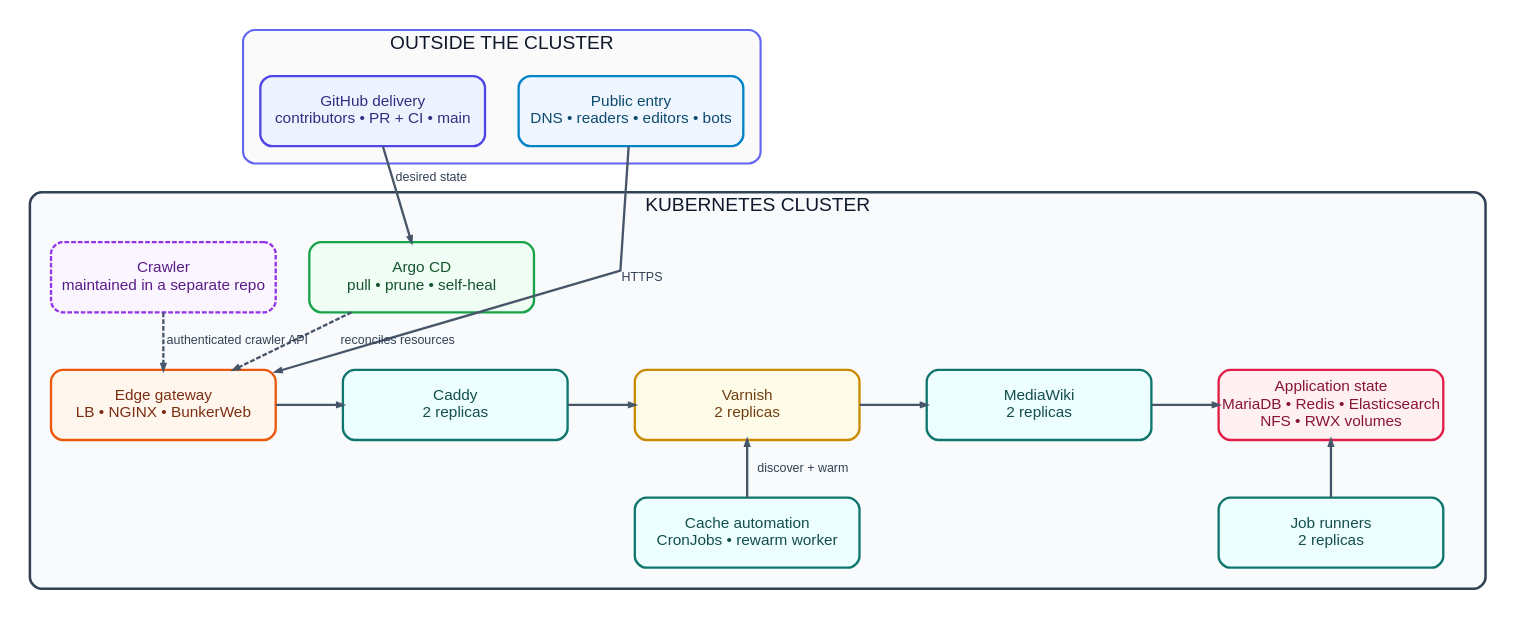
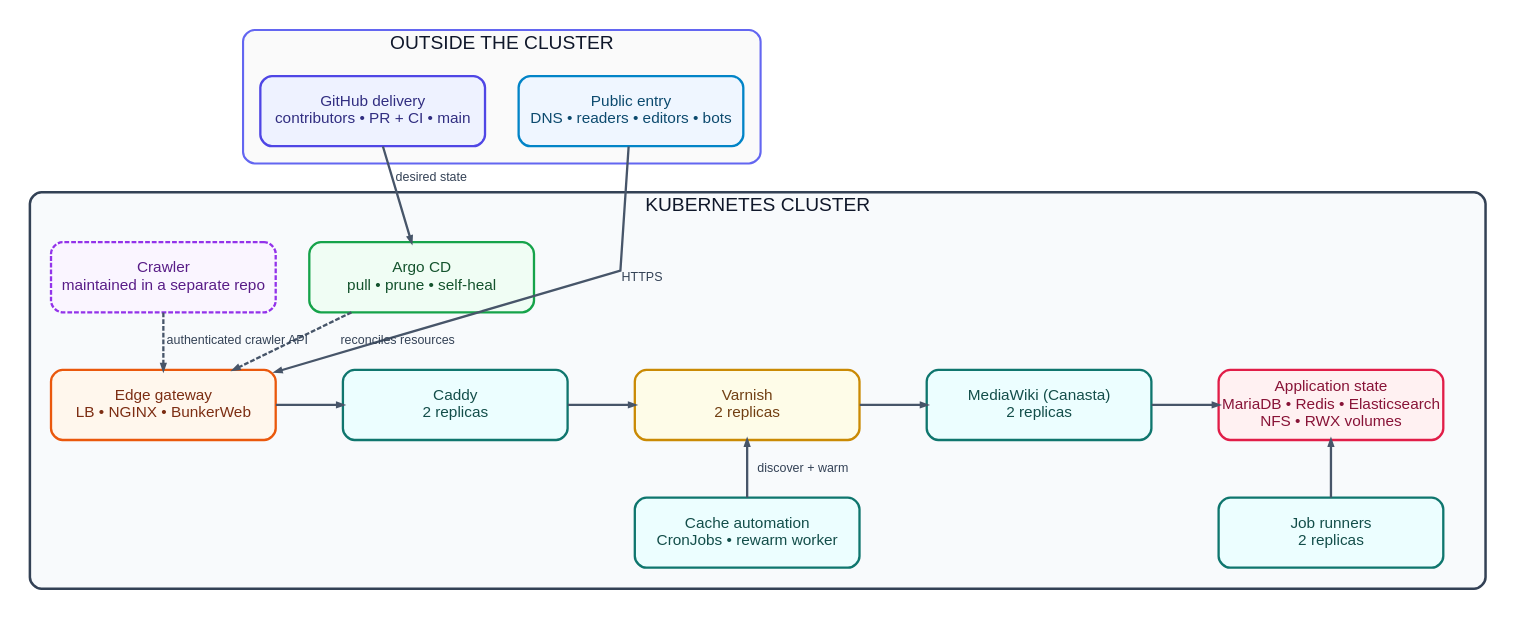
One commit to semantisch/wikiapiary-canasta-k8s changed the diagram in docs/architecture.dot. Above: the diagram before and after it, drawn with Graphviz. The commit also changed 1 other file, not shown here.

Commit message:
Identify Canasta in architecture diagram

```diff
--- a/docs/architecture.dot
+++ b/docs/architecture.dot
@@ -1,136 +1,136 @@
 digraph wikiapiary {
   graph [
     bgcolor="#ffffff",
     pad="0.22",
     nodesep="0.48",
     ranksep="0.62",
     splines="line",
     fontname="Liberation Sans",
     fontsize="20",
     fontcolor="#0f172a",
     compound="true",
     newrank="true"
   ];
 
   node [
     shape="box",
     style="rounded,filled",
     fixedsize="true",
     width="3.25",
     height="1.02",
     fillcolor="#ecfeff",
     color="#0f766e",
     fontcolor="#134e4a",
     fontname="Liberation Sans",
     fontsize="16",
     penwidth="2.4",
     margin="0.14,0.10"
   ];
 
   edge [
     color="#475569",
     fontcolor="#334155",
     fontname="Liberation Sans",
     fontsize="13",
     penwidth="2.4",
     arrowsize="0.60"
   ];
 
   subgraph cluster_external {
     label="OUTSIDE THE CLUSTER";
     labelloc="t";
     style="rounded,filled";
     fillcolor="#fafafa";
     color="#6366f1";
     penwidth="2.2";
     margin="18";
 
     git [
       label="GitHub delivery\ncontributors • PR + CI • main",
       fillcolor="#eef2ff",
       color="#4f46e5",
       fontcolor="#312e81"
     ];
     traffic [
       label="Public entry\nDNS • readers • editors • bots",
       fillcolor="#eff6ff",
       color="#0284c7",
       fontcolor="#0c4a6e"
     ];
 
     { rank="same"; git; traffic; }
   }
 
   subgraph cluster_k8s {
     label="KUBERNETES CLUSTER";
     labelloc="t";
     style="rounded,filled";
     fillcolor="#f8fafc";
     color="#334155";
     penwidth="2.6";
     margin="22";
 
     argo [
       label="Argo CD\npull • prune • self-heal",
       fillcolor="#f0fdf4",
       color="#16a34a",
       fontcolor="#14532d"
     ];
     crawler [
       label="Crawler\nmaintained in a separate repo",
       style="rounded,dashed,filled",
       fillcolor="#faf5ff",
       color="#9333ea",
       fontcolor="#581c87"
     ];
     edge_gateway [
       label="Edge gateway\nLB • NGINX • BunkerWeb",
       fillcolor="#fff7ed",
       color="#ea580c",
       fontcolor="#7c2d12"
     ];
     caddy [label="Caddy\n2 replicas"];
     varnish [
       label="Varnish\n2 replicas",
       group="cache-column",
       fillcolor="#fefce8",
       color="#ca8a04",
       fontcolor="#713f12"
     ];
-    web [label="MediaWiki\n2 replicas"];
+    web [label="MediaWiki (Canasta)\n2 replicas"];
     state [
       label="Application state\nMariaDB • Redis • Elasticsearch\nNFS • RWX volumes",
       group="state-column",
       fillcolor="#fff1f2",
       color="#e11d48",
       fontcolor="#881337"
     ];
     cache [
       label="Cache automation\nCronJobs • rewarm worker",
       group="cache-column"
     ];
     jobs [
       label="Job runners\n2 replicas",
       group="state-column"
     ];
 
     { rank="same"; argo; crawler; }
     { rank="same"; edge_gateway; caddy; varnish; web; state; }
     { rank="same"; cache; jobs; }
 
     argo -> edge_gateway [label="reconciles resources", style="dashed"];
     crawler -> edge_gateway [label="authenticated crawler API", style="dashed"];
     edge_gateway -> caddy -> varnish -> web -> state;
     cache:n -> varnish:s [
       label="discover + warm",
       constraint="false",
       weight="100"
     ];
     jobs:n -> state:s [weight="100"];
 
     varnish -> cache [style="invis", weight="8"];
   }
 
   git -> argo [label="desired state"];
   traffic -> edge_gateway [label="HTTPS"];
 }
```
